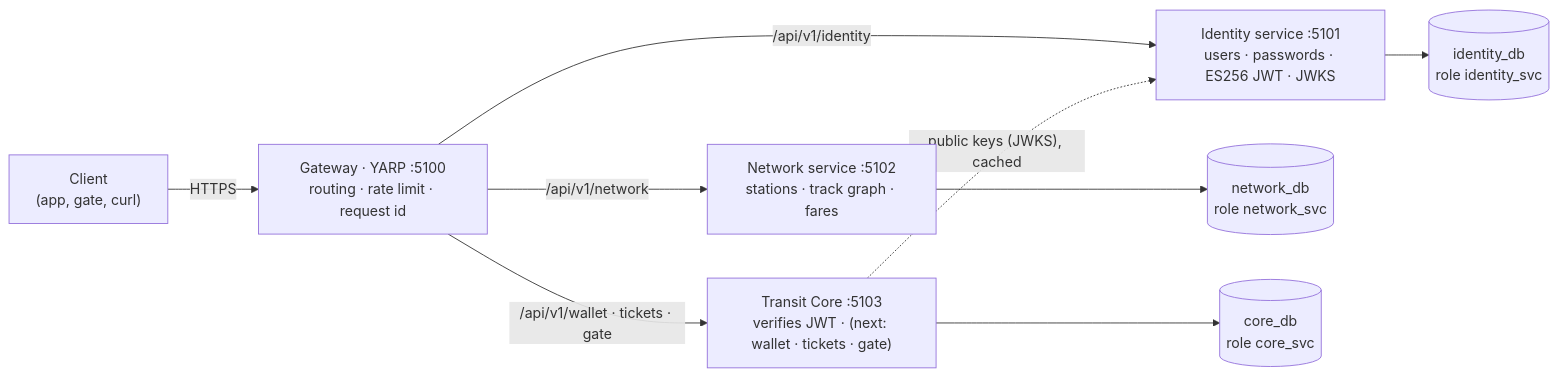
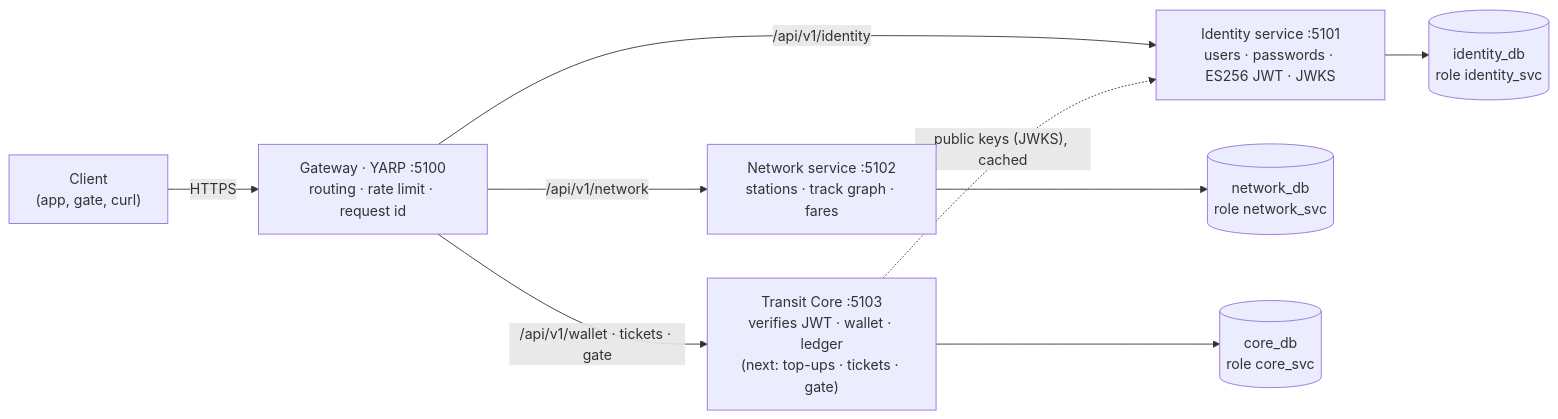
The first of 3 diagrams in README.md (istiak133/transit-pass), drawn with Mermaid before and after one commit. The commit also changed other lines of this file and 23 other files, not shown here.

First line of the commit message:
feat(core): wallet and append-only ledger with cursor-paged history (#13)

````diff
--- a/README.md
+++ b/README.md
@@ -87,11 +91,11 @@
 ```mermaid
 flowchart LR
     C["Client<br/>(app, gate, curl)"] -->|HTTPS| G["Gateway · YARP :5100<br/>routing · rate limit · request id"]
     G -->|/api/v1/identity| I["Identity service :5101<br/>users · passwords · ES256 JWT · JWKS"]
     G -->|/api/v1/network| N["Network service :5102<br/>stations · track graph · fares"]
-    G -->|/api/v1/wallet · tickets · gate| T["Transit Core :5103<br/>verifies JWT · (next: wallet · tickets · gate)"]
+    G -->|/api/v1/wallet · tickets · gate| T["Transit Core :5103<br/>verifies JWT · wallet · ledger<br/>(next: top-ups · tickets · gate)"]
     T -. "public keys (JWKS), cached" .-> I
     I --> IDB[("identity_db<br/>role identity_svc")]
     N --> NDB[("network_db<br/>role network_svc")]
     T --> CDB[("core_db<br/>role core_svc")]
 ```
````
